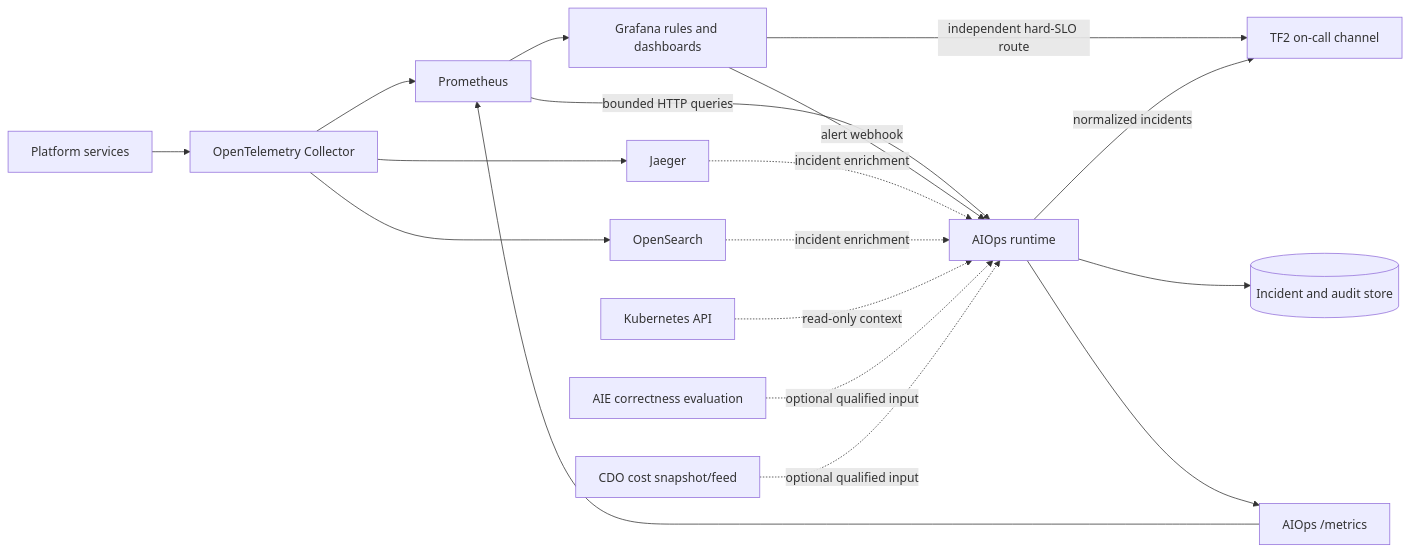
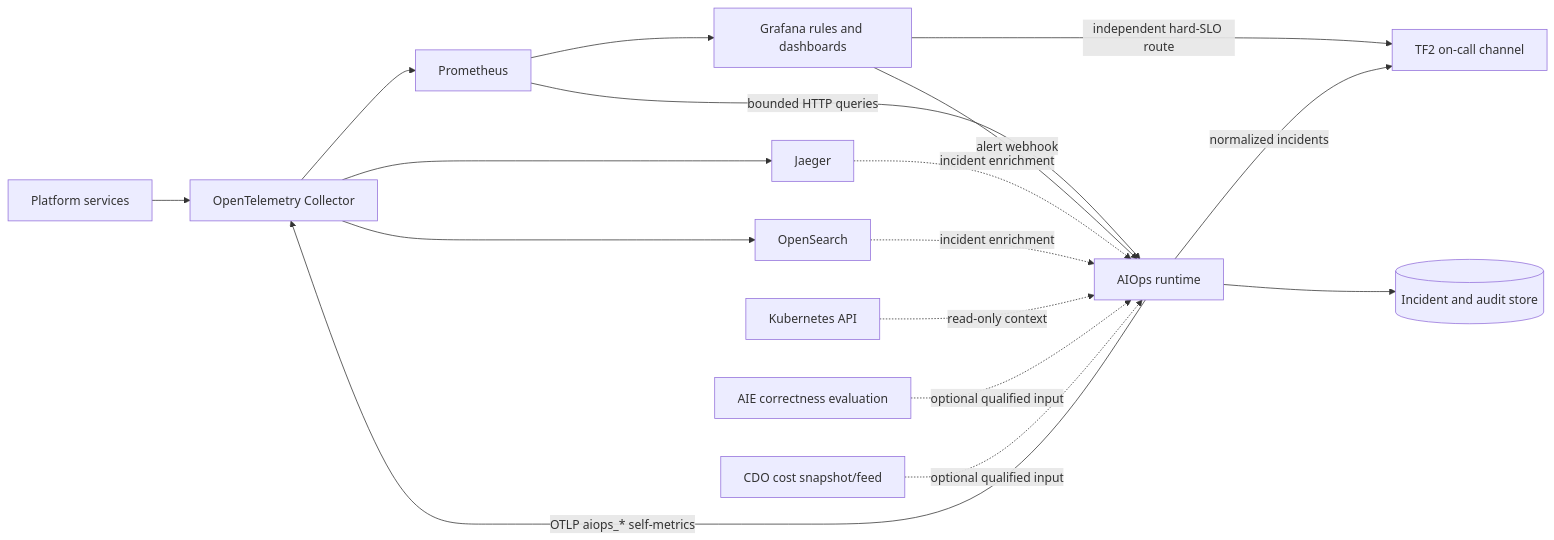
Before and after one commit to tf2-team/tf2-corp-platform: the second of 5 diagrams in src/aio/raws/architect.md, drawn with Mermaid. The commit also changed other lines of this file and 7 other files, not shown here.

````diff
--- a/src/aio/raws/architect.md
+++ b/src/aio/raws/architect.md
@@ -122,22 +124,21 @@
 ```mermaid
 flowchart LR
     APP[Platform services] --> OTEL[OpenTelemetry Collector]
     OTEL --> PROM[Prometheus]
     OTEL --> JAEGER[Jaeger]
     OTEL --> OS[OpenSearch]
     PROM --> GRAFANA[Grafana rules and dashboards]
 
     PROM -->|bounded HTTP queries| AIOPS[AIOps runtime]
     GRAFANA -->|alert webhook| AIOPS
     JAEGER -. incident enrichment .-> AIOPS
     OS -. incident enrichment .-> AIOPS
     K8S[Kubernetes API] -. read-only context .-> AIOPS
     AIE[AIE correctness evaluation] -. optional qualified input .-> AIOPS
     COST[CDO cost snapshot/feed] -. optional qualified input .-> AIOPS
 
     GRAFANA -->|independent hard-SLO route| ONCALL[TF2 on-call channel]
     AIOPS -->|normalized incidents| ONCALL
     AIOPS --> STORE[(Incident and audit store)]
-    AIOPS --> METRICS[AIOps /metrics]
-    METRICS --> PROM
+    AIOPS -->|OTLP aiops_* self-metrics| OTEL
 ```
````
